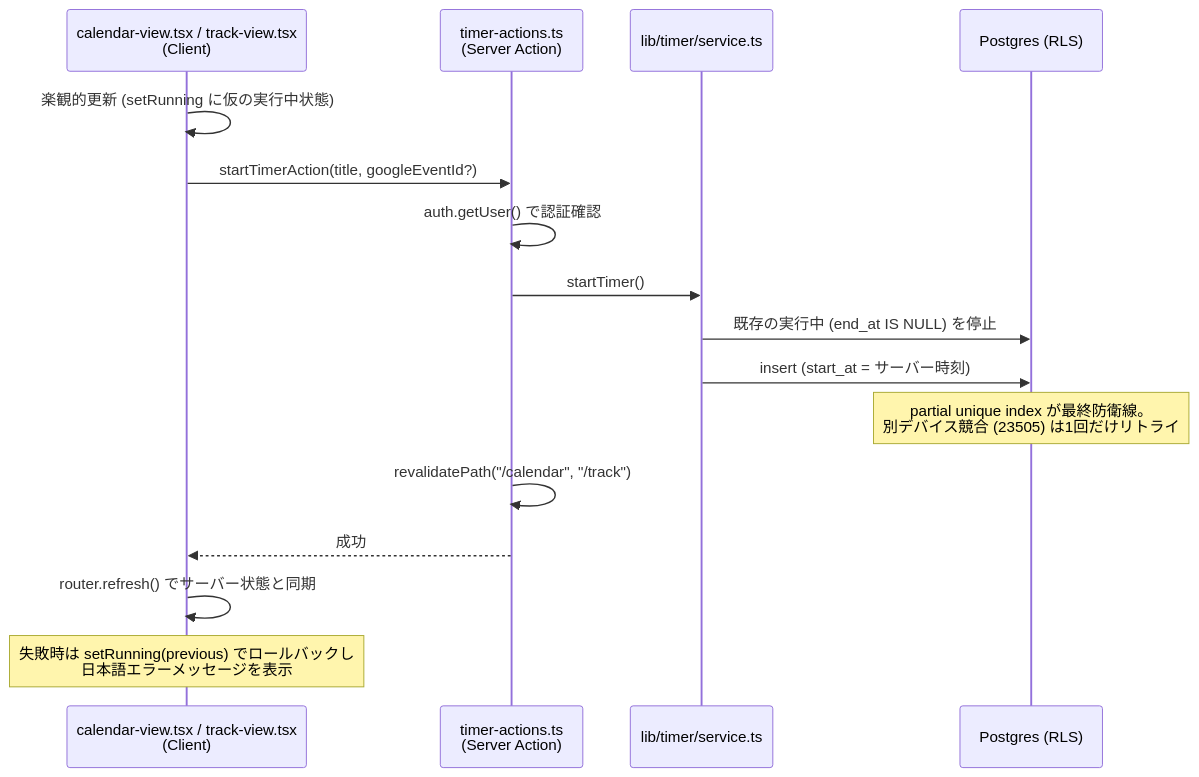
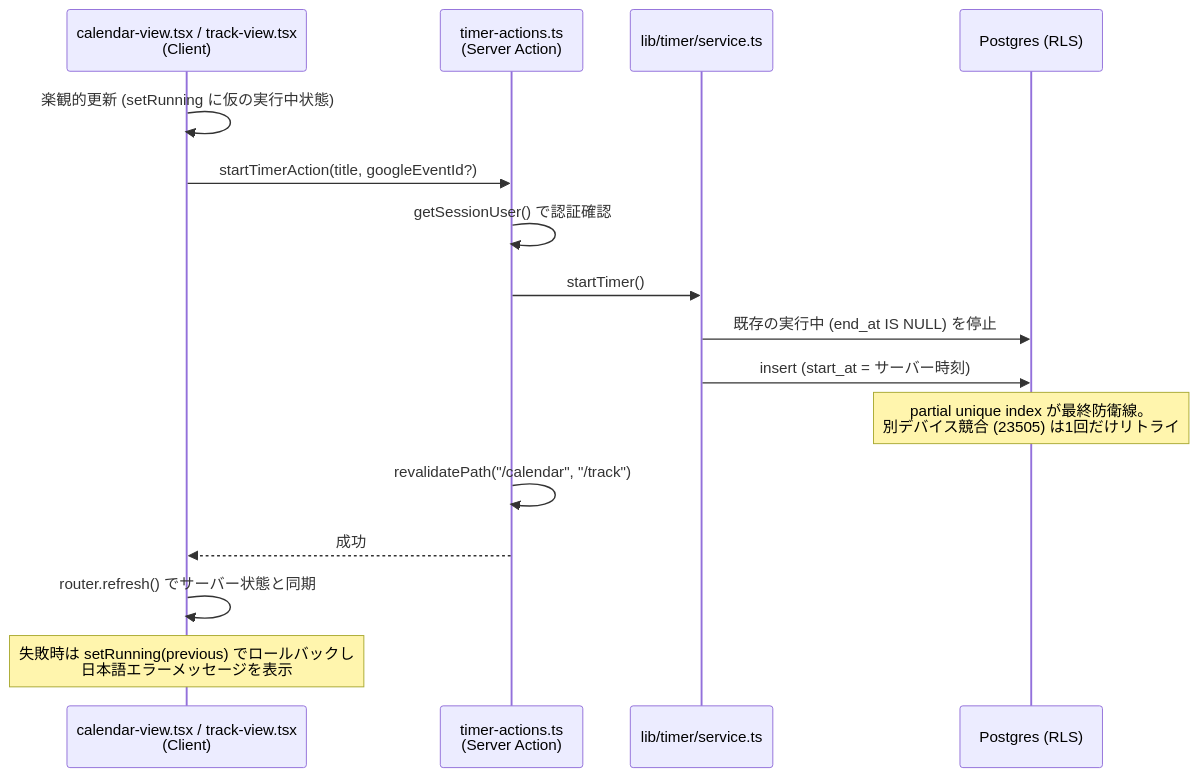
The fifth of 11 diagrams in docs/アーキテクチャ解説.md (TonChan0828/PlanDiff), drawn with Mermaid before and after one commit. The commit also changed other lines of this file, not shown here.

````diff
--- a/docs/アーキテクチャ解説.md
+++ b/docs/アーキテクチャ解説.md
@@ -254,19 +430,19 @@
 ```mermaid
 sequenceDiagram
     participant UI as calendar-view.tsx / track-view.tsx<br/>(Client)
     participant SA as timer-actions.ts<br/>(Server Action)
     participant SVC as lib/timer/service.ts
     participant DB as Postgres (RLS)
 
     UI->>UI: 楽観的更新 (setRunning に仮の実行中状態)
     UI->>SA: startTimerAction(title, googleEventId?)
-    SA->>SA: auth.getUser() で認証確認
+    SA->>SA: getSessionUser() で認証確認
     SA->>SVC: startTimer()
     SVC->>DB: 既存の実行中 (end_at IS NULL) を停止
     SVC->>DB: insert (start_at = サーバー時刻)
     Note over DB: partial unique index が最終防衛線。<br/>別デバイス競合 (23505) は1回だけリトライ
     SA->>SA: revalidatePath("/calendar", "/track")
     SA-->>UI: 成功
     UI->>UI: router.refresh() でサーバー状態と同期
     Note over UI: 失敗時は setRunning(previous) でロールバックし<br/>日本語エラーメッセージを表示
 ```
````
